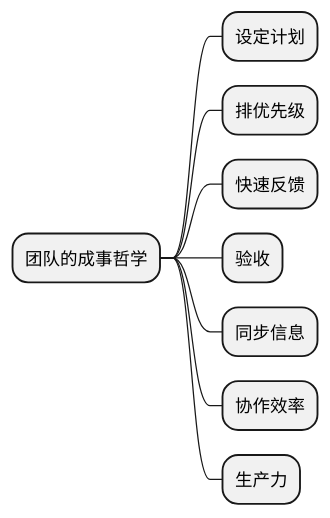
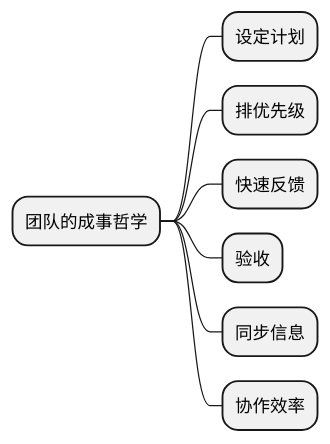
One commit to lem-org/lem-org.github.io changed the eighth of 12 diagrams in content/insights/what_is_agile/index.zh-cn.raw.md. Above: the diagram before and after it, drawn with PlantUML. The commit also changed other lines of this file and 14 other files, not shown here.

````diff
--- a/content/insights/what_is_agile/index.zh-cn.raw.md
+++ b/content/insights/what_is_agile/index.zh-cn.raw.md
@@ -112,12 +147,11 @@
 ```plantuml
 @startmindmap
 * 团队的成事哲学
     * 设定计划
     * 排优先级
     * 快速反馈
     * 验收
     * 同步信息
     * 协作效率
-    * 生产力
 @endmindmap
 ```
````
